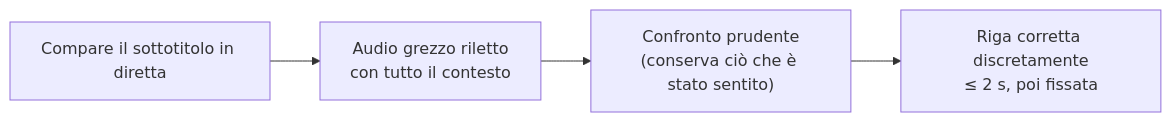
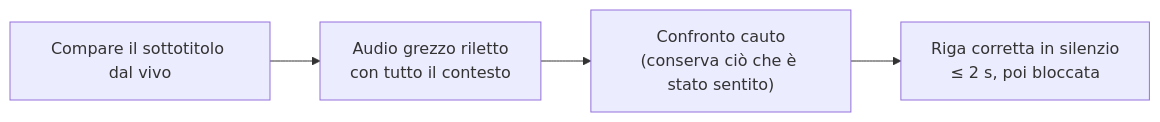
The third of 4 diagrams in README_it.md (rpalm01-star/VigilantEarLegal), drawn with Mermaid before and after one commit. The commit also changed other lines of this file and 14 other files, not shown here.

````diff
--- a/README_it.md
+++ b/README_it.md
@@ -168,4 +187,4 @@
 ```mermaid
 graph LR
-    L["Compare il sottotitolo in diretta"] --> K["Audio grezzo riletto<br/>con tutto il contesto"] --> V["Confronto prudente<br/>(conserva ciò che è stato sentito)"] --> W["Riga corretta discretamente<br/>≤ 2 s, poi fissata"]
+    L["Compare il sottotitolo dal vivo"] --> K["Audio grezzo riletto<br/>con tutto il contesto"] --> V["Confronto cauto<br/>(conserva ciò che è stato sentito)"] --> W["Riga corretta in silenzio<br/>≤ 2 s, poi bloccata"]
 ```
````
